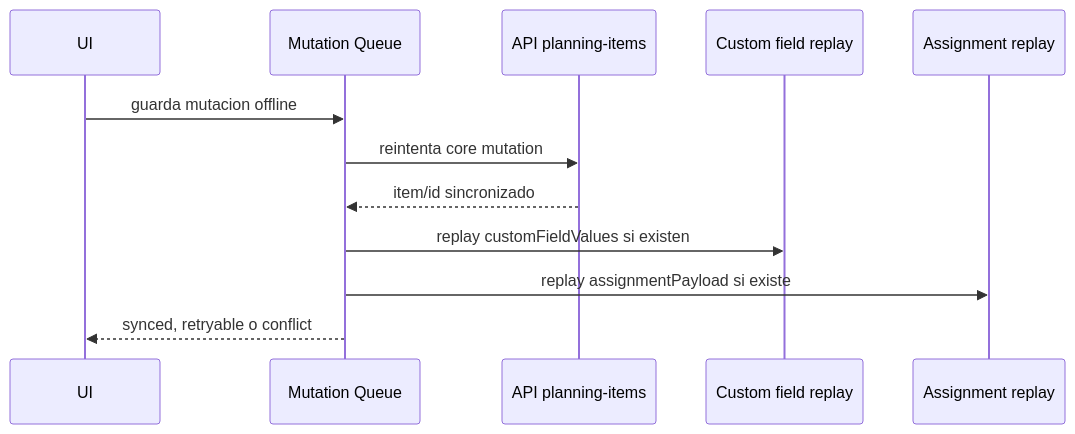
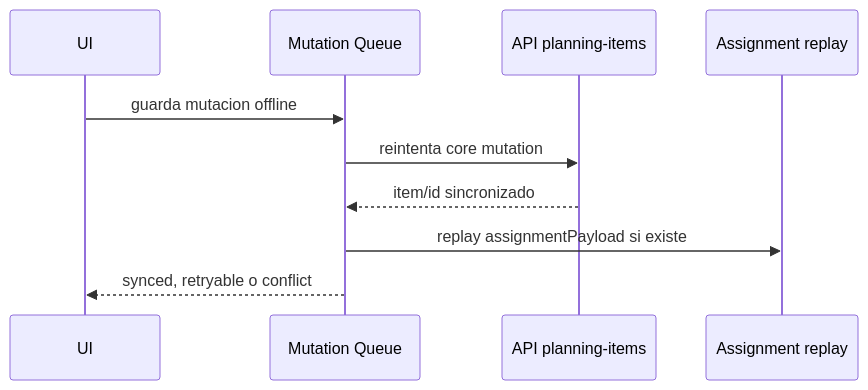
The sixth of 6 diagrams in docs/ARCHITECTURE.md (strabagdev/mineria-mvp), drawn with Mermaid before and after one commit. The commit also changed other lines of this file and 102 other files, not shown here.

Commit message:
feat: consolidate operational header architecture

````diff
--- a/docs/ARCHITECTURE.md
+++ b/docs/ARCHITECTURE.md
@@ -546,14 +503,12 @@
 ```mermaid
 sequenceDiagram
   participant UI as UI
   participant Queue as Mutation Queue
   participant API as API planning-items
-  participant CF as Custom field replay
   participant A as Assignment replay
   UI->>Queue: guarda mutacion offline
   Queue->>API: reintenta core mutation
   API-->>Queue: item/id sincronizado
-  Queue->>CF: replay customFieldValues si existen
   Queue->>A: replay assignmentPayload si existe
   Queue-->>UI: synced, retryable o conflict
 ```
````
